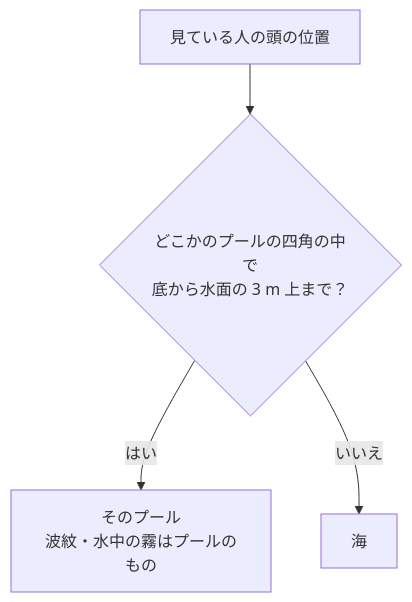
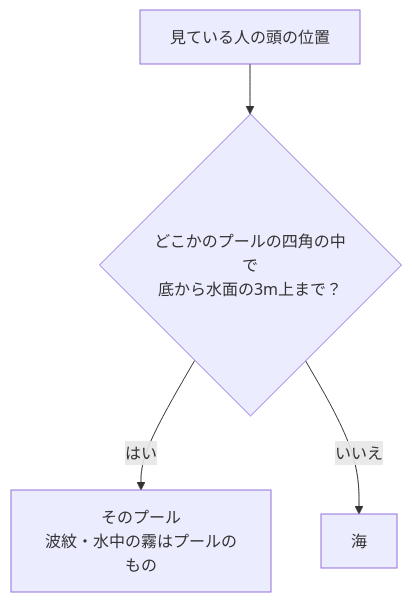
The eighth of 11 diagrams in docs/technical.md (bmbb93/clearwater-vrc), drawn with Mermaid before and after one commit. The commit also changed other lines of this file and 1 other file, not shown here.

````diff
--- a/docs/technical.md
+++ b/docs/technical.md
@@ -424,6 +424,6 @@
 ```mermaid
 flowchart TD
-  H["見ている人の頭の位置"] --> Q{"どこかのプールの四角の中で<br/>底から水面の 3 m 上まで？"}
+  H["見ている人の頭の位置"] --> Q{"どこかのプールの四角の中で<br/>底から水面の3m上まで？"}
   Q -->|はい| P["そのプール<br/>波紋・水中の霧はプールのもの"]
   Q -->|いいえ| S["海"]
 ```
````
